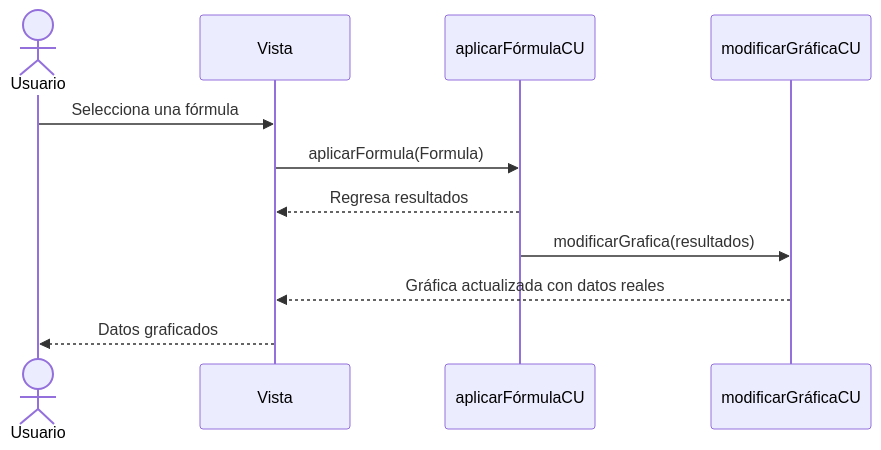
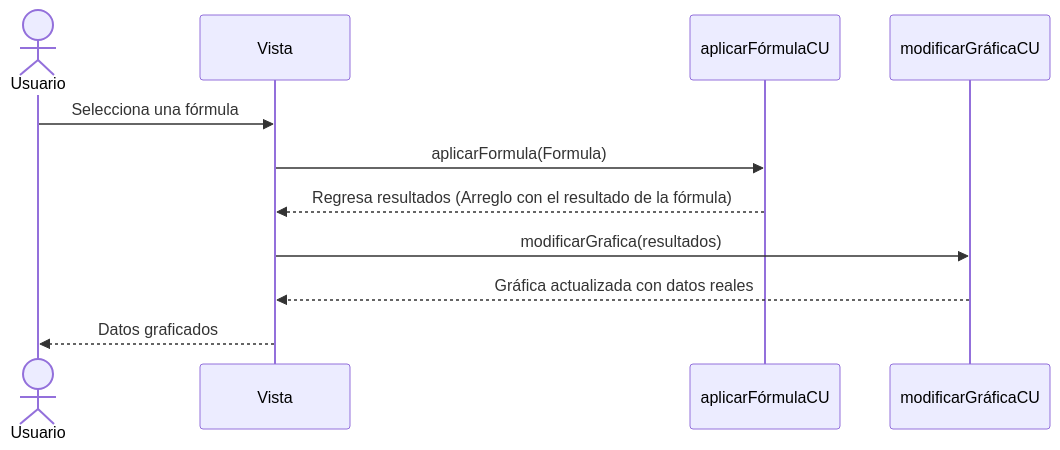
Before and after one commit to CodeAnd-Co/Documentacion: the diagram in documentation/docs/proyectos/tractores/documentacion/requisitos/RF70.md, drawn with Mermaid. The commit also changed other lines of this file and 1 other file, not shown here.

````diff
--- a/documentation/docs/proyectos/tractores/documentacion/requisitos/RF70.md
+++ b/documentation/docs/proyectos/tractores/documentacion/requisitos/RF70.md
@@ -26,17 +36,17 @@
 ```mermaid
 sequenceDiagram
     actor Usuario
     participant Plataforma as Vista
     participant UC1 as aplicarFórmulaCU
     participant UC2 as modificarGráficaCU
 
     Usuario->>Plataforma: Selecciona una fórmula
     Plataforma->>UC1: aplicarFormula(Formula)
-    UC1-->>Plataforma: Regresa resultados
-    UC1->>UC2: modificarGrafica(resultados)
+    UC1-->>Plataforma: Regresa resultados (Arreglo con el resultado de la fórmula)
+    Plataforma->>UC2: modificarGrafica(resultados)
     UC2-->>Plataforma: Gráfica actualizada con datos reales
     Plataforma-->>Usuario: Datos graficados
     
   
     
 ```
````
